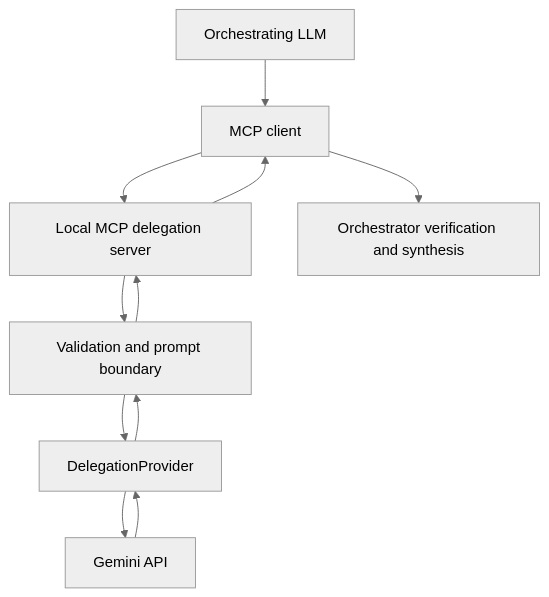
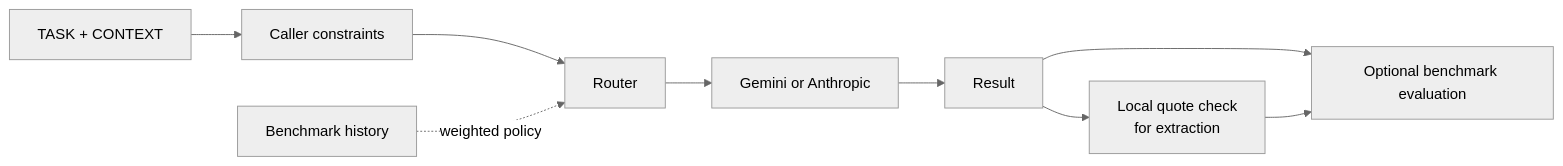
Before and after one commit to Jostophe-021/mcp-cross-model-delegation: the diagram in README.md, drawn with Mermaid (neutral theme). The commit also changed other lines of this file and 65 other files, not shown here.

````diff
--- a/README.md
+++ b/README.md
@@ -13,10 +14,11 @@
 ```mermaid
-flowchart TD
-    A[Orchestrating LLM] --> B[MCP client]
-    B --> C[Local MCP delegation server]
-    C --> D[Validation and prompt boundary]
-    D --> E[DelegationProvider]
-    E --> F[Gemini API]
-    F --> E --> D --> C --> B
-    B --> G[Orchestrator verification and synthesis]
+flowchart LR
+    A["TASK + CONTEXT"] --> B["Caller constraints"]
+    B --> C["Router"]
+    H["Benchmark history"] -. "weighted policy" .-> C
+    C --> D["Gemini or Anthropic"]
+    D --> E["Result"]
+    E --> F["Local quote check<br/>for extraction"]
+    E --> G["Optional benchmark evaluation"]
+    F --> G
 ```
````
